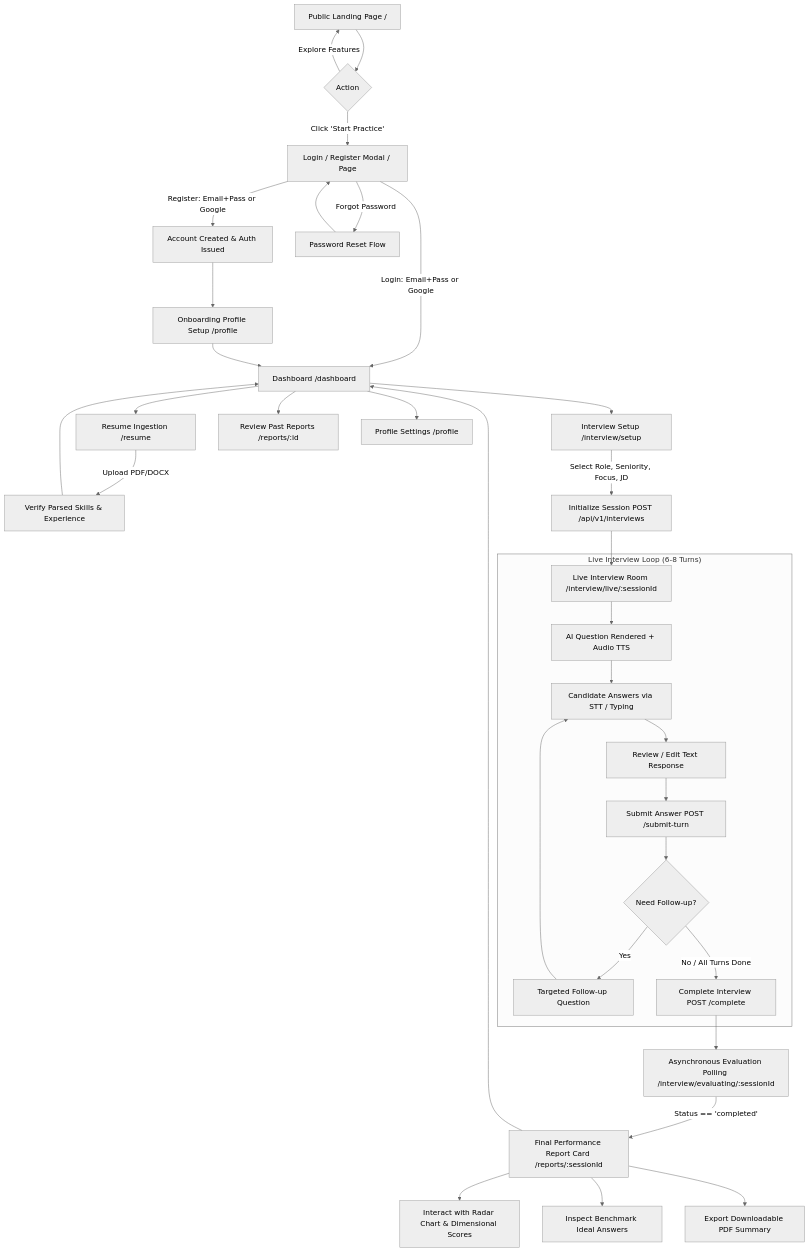
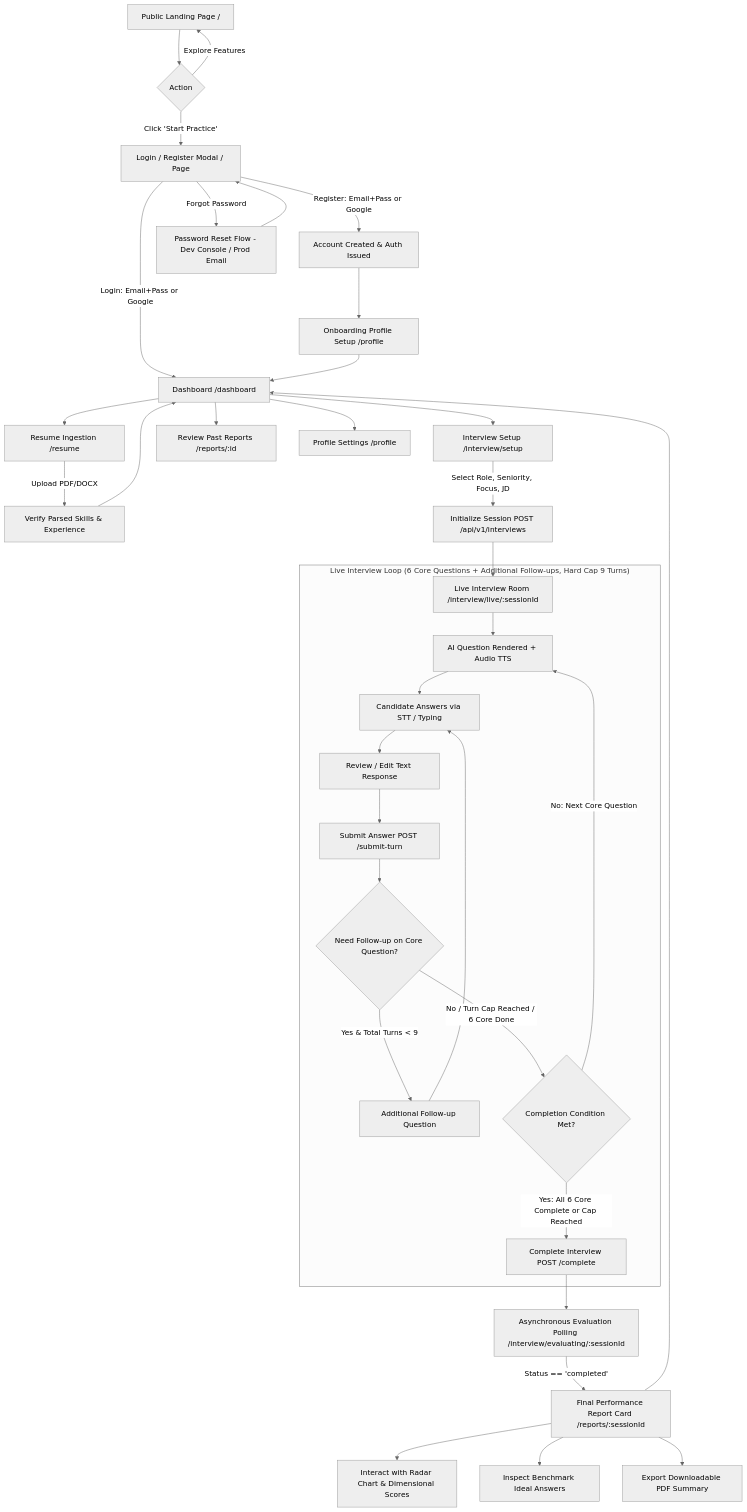
Before and after one commit to krishnatiwari4806/AROVIA: the first of 15 diagrams in docs/APP_FLOW.md, drawn with Mermaid (neutral theme). The commit also changed other lines of this file and 2 other files, not shown here.

Commit message:
docs: complete app flow, ui ux brief and backend schema documentation

````diff
--- a/docs/APP_FLOW.md
+++ b/docs/APP_FLOW.md
@@ -41,44 +41,46 @@
 ```mermaid
 flowchart TD
     A[Public Landing Page /] --> B{Action}
     B -->|Click 'Start Practice'| C[Login / Register Modal / Page]
     B -->|Explore Features| A
 
     C -->|Register: Email+Pass or Google| D[Account Created & Auth Issued]
     C -->|Login: Email+Pass or Google| E[Dashboard /dashboard]
-    C -->|Forgot Password| F[Password Reset Flow]
+    C -->|Forgot Password| F[Password Reset Flow - Dev Console / Prod Email]
     F --> C
 
     D --> G[Onboarding Profile Setup /profile]
     G --> E
 
     E --> H[Resume Ingestion /resume]
     E --> I[Interview Setup /interview/setup]
     E --> J[Review Past Reports /reports/:id]
     E --> K[Profile Settings /profile]
 
     H -->|Upload PDF/DOCX| L[Verify Parsed Skills & Experience]
     L --> E
 
     I -->|Select Role, Seniority, Focus, JD| M[Initialize Session POST /api/v1/interviews]
     M --> N[Live Interview Room /interview/live/:sessionId]
 
-    subgraph "Live Interview Loop (6-8 Turns)"
+    subgraph "Live Interview Loop (6 Core Questions + Additional Follow-ups, Hard Cap 9 Turns)"
         N --> O[AI Question Rendered + Audio TTS]
         O --> P[Candidate Answers via STT / Typing]
         P --> Q[Review / Edit Text Response]
         Q --> R[Submit Answer POST /submit-turn]
-        R --> S{Need Follow-up?}
-        S -->|Yes| T[Targeted Follow-up Question]
+        R --> S{Need Follow-up on Core Question?}
+        S -->|Yes & Total Turns < 9| T[Additional Follow-up Question]
         T --> P
-        S -->|No / All Turns Done| U[Complete Interview POST /complete]
+        S -->|No / Turn Cap Reached / 6 Core Done| U{Completion Condition Met?}
+        U -->|No: Next Core Question| O
+        U -->|Yes: All 6 Core Complete or Cap Reached| V[Complete Interview POST /complete]
     end
 
-    U --> V[Asynchronous Evaluation Polling /interview/evaluating/:sessionId]
-    V -->|Status == 'completed'| W[Final Performance Report Card /reports/:sessionId]
+    V --> W[Asynchronous Evaluation Polling /interview/evaluating/:sessionId]
+    W -->|Status == 'completed'| X[Final Performance Report Card /reports/:sessionId]
 
-    W --> X[Interact with Radar Chart & Dimensional Scores]
-    W --> Y[Inspect Benchmark Ideal Answers]
-    W --> Z[Export Downloadable PDF Summary]
-    W --> E
+    X --> Y[Interact with Radar Chart & Dimensional Scores]
+    X --> Z[Inspect Benchmark Ideal Answers]
+    X --> AA[Export Downloadable PDF Summary]
+    X --> E
 ```
````
